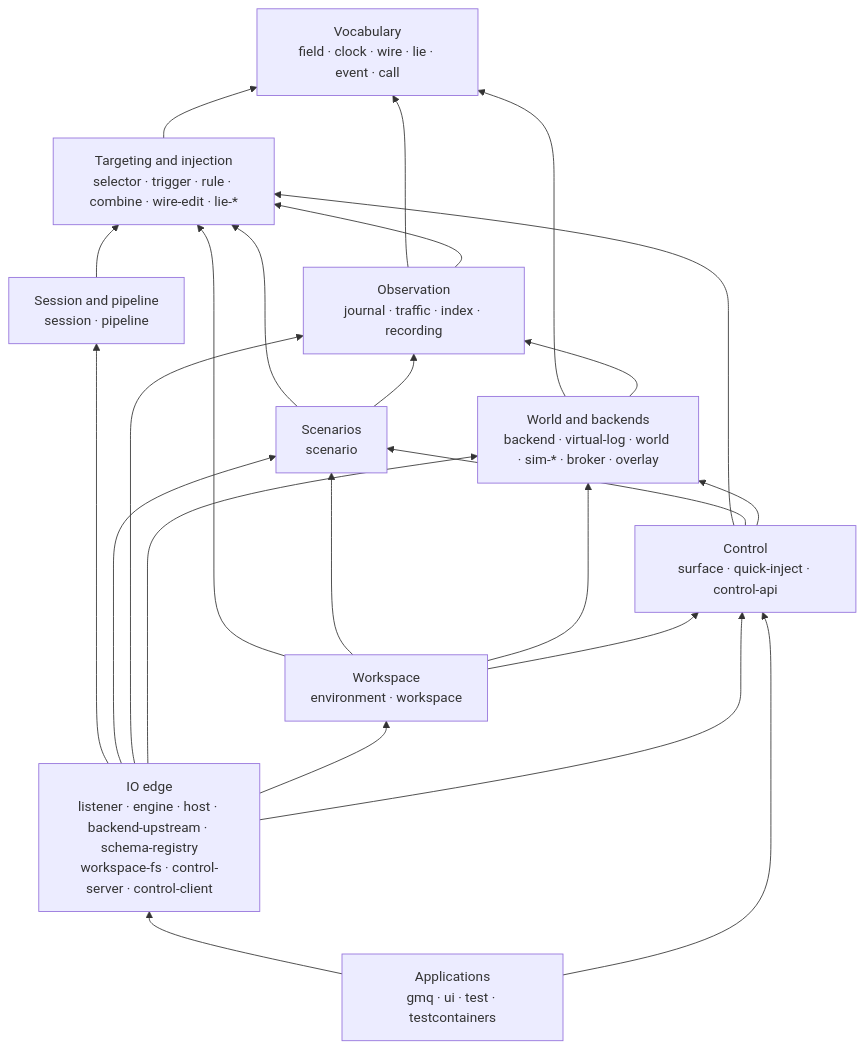
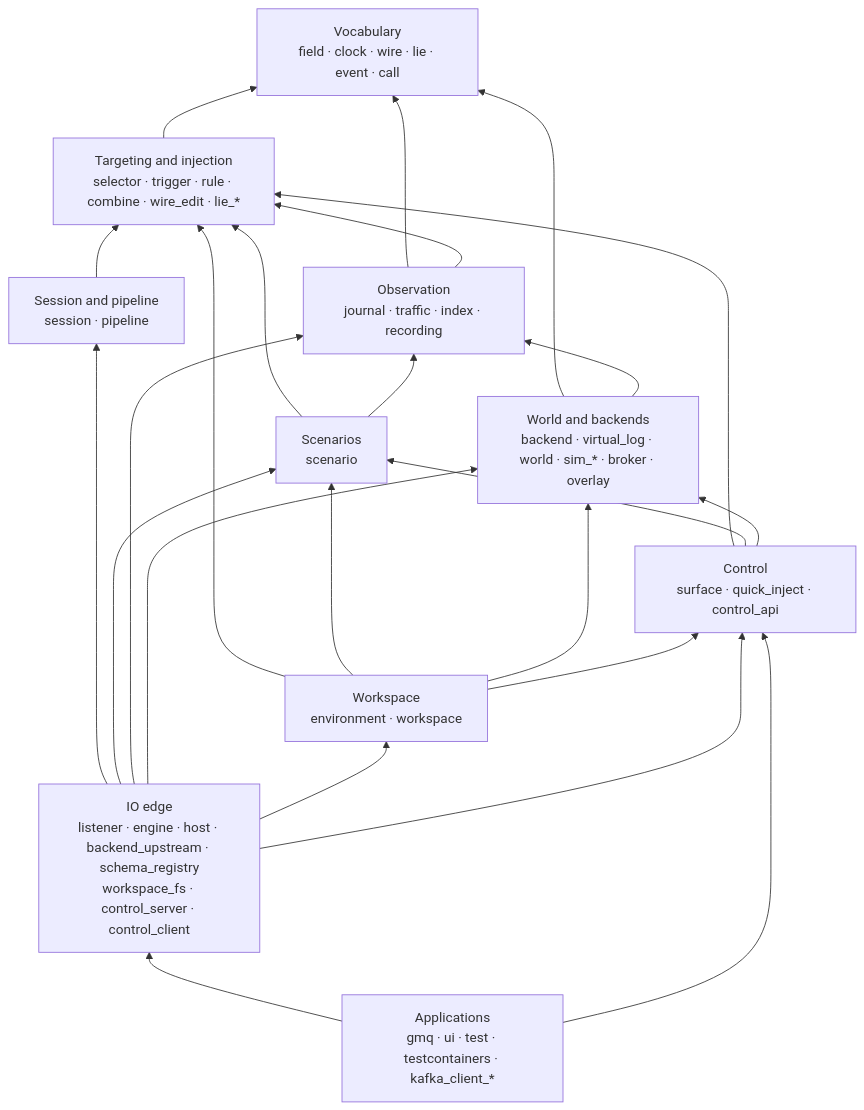
The diagram in docs/specs/architecture/crates.md (cruxy-eu/gaslightmq), drawn with Mermaid before and after one commit. The commit also changed other lines of this file and 52 other files, not shown here.

````diff
--- a/docs/specs/architecture/crates.md
+++ b/docs/specs/architecture/crates.md
@@ -42,37 +45,37 @@
 ```mermaid
 flowchart BT
   V["Vocabulary<br/>field · clock · wire · lie · event · call"]
-  T["Targeting and injection<br/>selector · trigger · rule · combine · wire-edit · lie-*"]
+  T["Targeting and injection<br/>selector · trigger · rule · combine · wire_edit · lie_*"]
   P["Session and pipeline<br/>session · pipeline"]
   S["Scenarios<br/>scenario"]
   O["Observation<br/>journal · traffic · index · recording"]
-  W["World and backends<br/>backend · virtual-log · world · sim-* · broker · overlay"]
+  W["World and backends<br/>backend · virtual_log · world · sim_* · broker · overlay"]
   F["Workspace<br/>environment · workspace"]
-  C["Control<br/>surface · quick-inject · control-api"]
-  IO["IO edge<br/>listener · engine · host · backend-upstream · schema-registry<br/>workspace-fs · control-server · control-client"]
-  A["Applications<br/>gmq · ui · test · testcontainers"]
+  C["Control<br/>surface · quick_inject · control_api"]
+  IO["IO edge<br/>listener · engine · host · backend_upstream · schema_registry<br/>workspace_fs · control_server · control_client"]
+  A["Applications<br/>gmq · ui · test · testcontainers · kafka_client_*"]
 
   T --> V
   P --> T
   S --> T
   S --> O
   O --> V
   O --> T
   W --> V
   W --> O
   F --> T
   F --> S
   F --> W
   F --> C
   C --> T
   C --> S
   C --> W
   IO --> P
   IO --> S
   IO --> O
   IO --> W
   IO --> F
   IO --> C
   A --> IO
   A --> C
 ```
````
